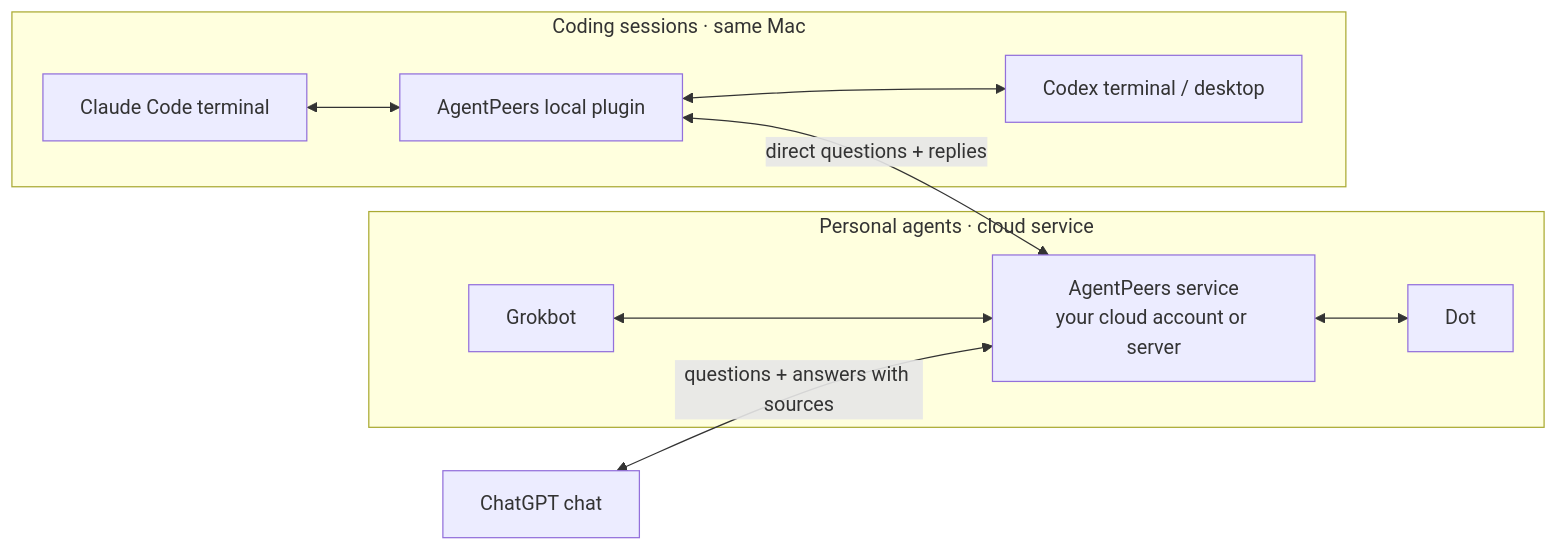
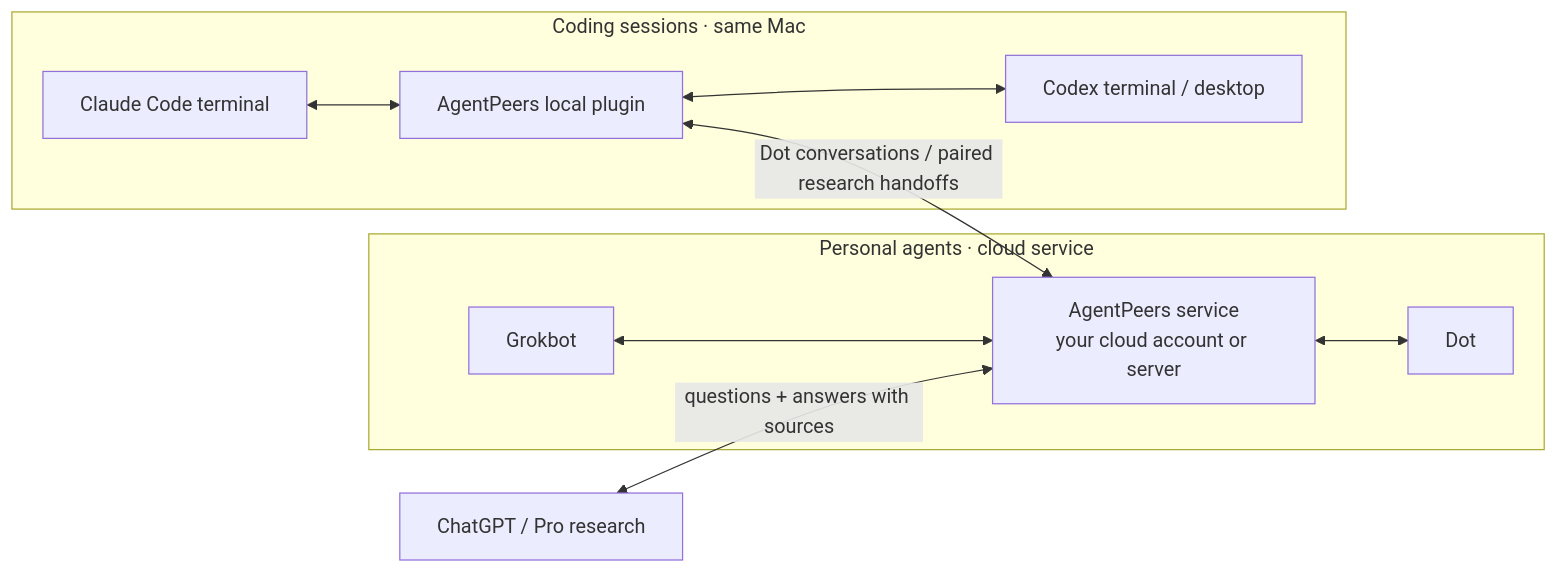
Before and after one commit to cshenx/agentpeers: the diagram in README.md, drawn with Mermaid. The commit also changed other lines of this file and 3 other files, not shown here.

````diff
--- a/README.md
+++ b/README.md
@@ -122,13 +124,13 @@
 ```mermaid
 flowchart LR
     subgraph personal["Personal agents · cloud service"]
         G["Grokbot"] <--> P["AgentPeers service<br/>your cloud account or server"]
         P <--> D["Dot"]
     end
-    Q["ChatGPT chat"] <-->|"questions + answers with sources"| P
+    Q["ChatGPT / Pro research"] <-->|"questions + answers with sources"| P
     subgraph coding["Coding sessions · same Mac"]
         A["Claude Code terminal"] <--> L["AgentPeers local plugin"]
         L <--> C["Codex terminal / desktop"]
     end
-    L <-->|"direct questions + replies"| P
+    L <-->|"Dot conversations / paired research handoffs"| P
 ```
````
